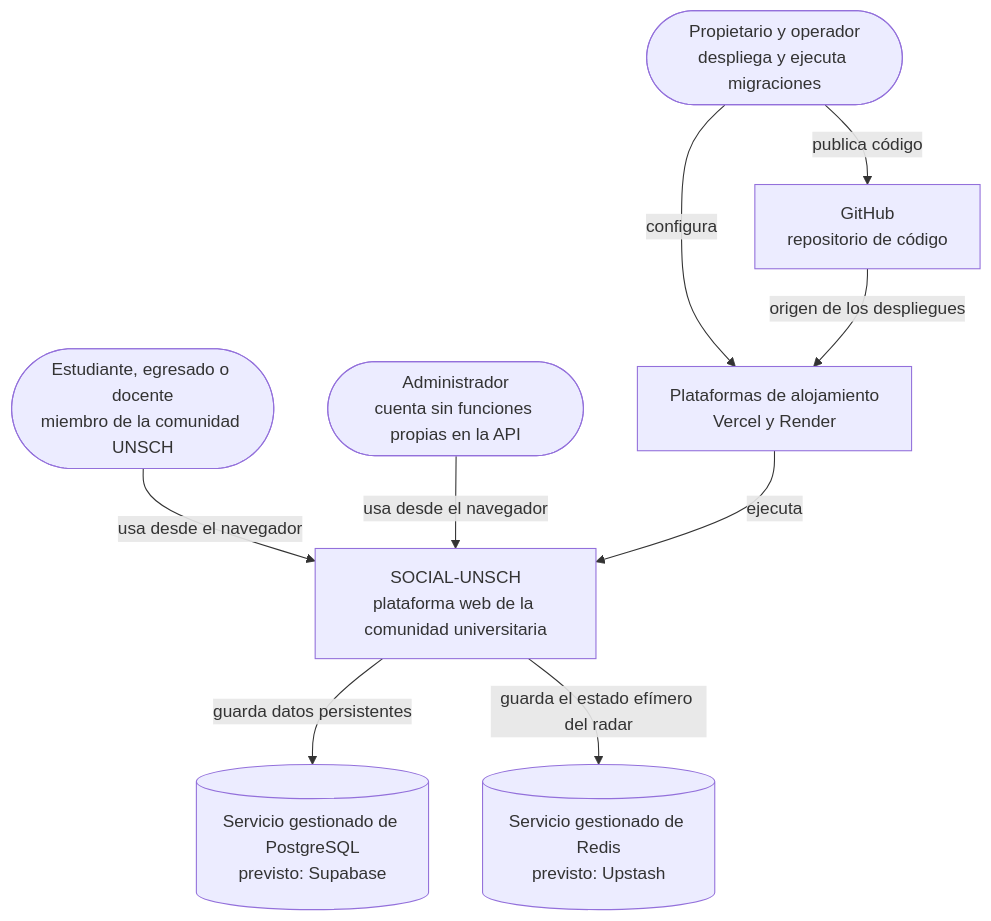
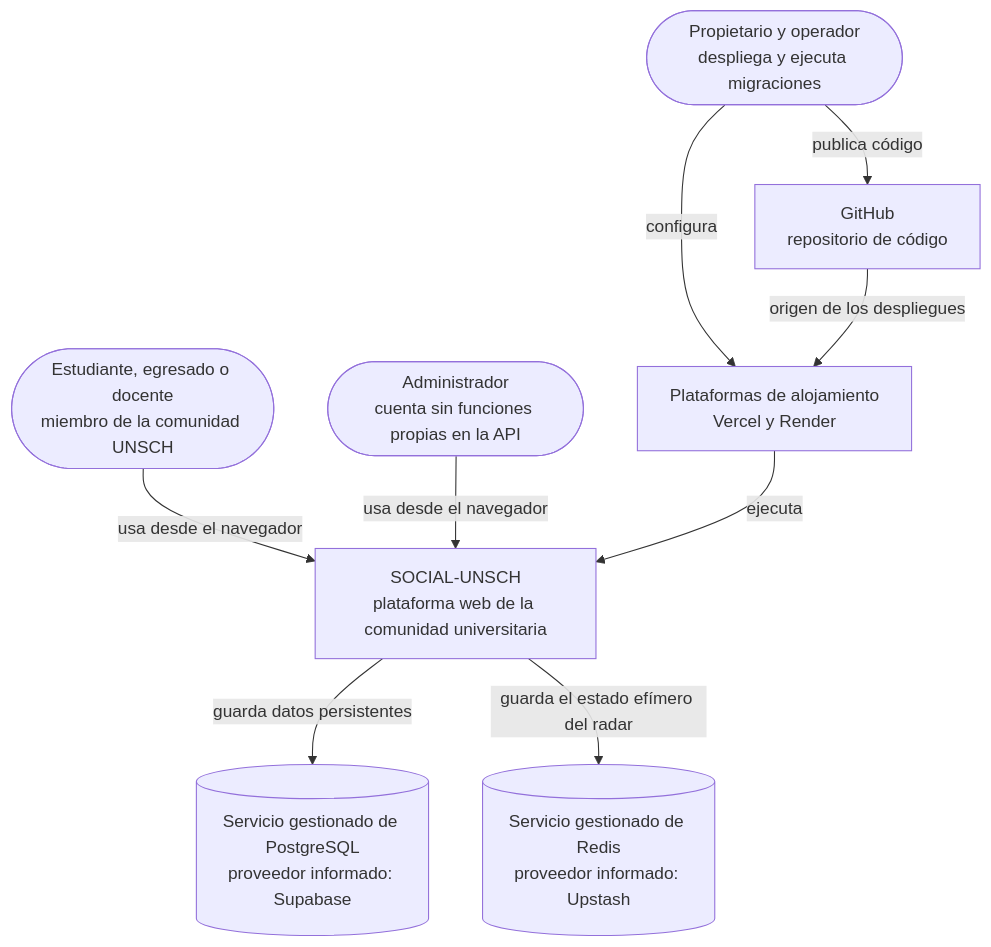
The diagram in docs/04-modelo-c4/01-contexto.md (pillacarodriguezuriel-a11y/social_unsch), drawn with Mermaid before and after one commit. The commit also changed other lines of this file and 44 other files, not shown here.

````diff
--- a/docs/04-modelo-c4/01-contexto.md
+++ b/docs/04-modelo-c4/01-contexto.md
@@ -8,22 +14,22 @@
 ```mermaid
 flowchart TB
     EST(["Estudiante, egresado o docente<br/>miembro de la comunidad UNSCH"])
     ADM(["Administrador<br/>cuenta sin funciones propias en la API"])
     OPE(["Propietario y operador<br/>despliega y ejecuta migraciones"])
 
     SYS["SOCIAL-UNSCH<br/>plataforma web de la comunidad universitaria"]
 
-    PGS[("Servicio gestionado de PostgreSQL<br/>previsto: Supabase")]
-    RDS[("Servicio gestionado de Redis<br/>previsto: Upstash")]
+    PGS[("Servicio gestionado de PostgreSQL<br/>proveedor informado: Supabase")]
+    RDS[("Servicio gestionado de Redis<br/>proveedor informado: Upstash")]
     HOST["Plataformas de alojamiento<br/>Vercel y Render"]
     GH["GitHub<br/>repositorio de código"]
 
     EST -- "usa desde el navegador" --> SYS
     ADM -- "usa desde el navegador" --> SYS
     OPE -- "publica código" --> GH
     OPE -- "configura" --> HOST
     GH -- "origen de los despliegues" --> HOST
     HOST -- "ejecuta" --> SYS
     SYS -- "guarda datos persistentes" --> PGS
     SYS -- "guarda el estado efímero del radar" --> RDS
 ```
````
